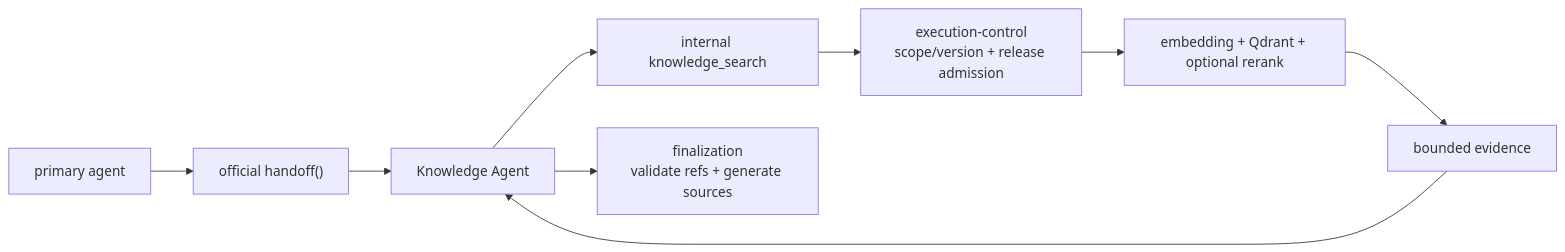
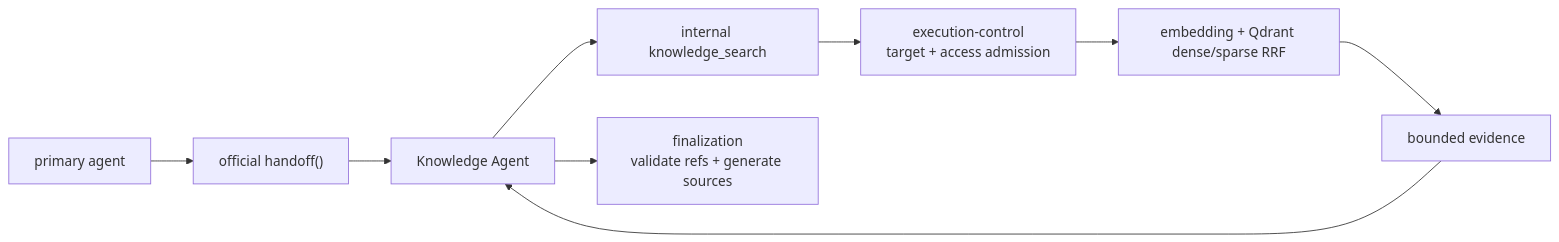
One commit to Luxfeier22331/campus-agent-main changed the fourth of 5 diagrams in docs/architecture/flows.md. Above: the diagram before and after it, drawn with Mermaid. The commit also changed other lines of this file and 885 other files, not shown here.

````diff
--- a/docs/architecture/flows.md
+++ b/docs/architecture/flows.md
@@ -114,20 +114,20 @@
 ```mermaid
 flowchart LR
   Primary["primary agent"]
   Handoff["official handoff()"]
   Knowledge["Knowledge Agent"]
   Search["internal knowledge_search"]
-  Admission["execution-control\nscope/version + release admission"]
-  Retrieval["embedding + Qdrant + optional rerank"]
+  Admission["execution-control\ntarget + access admission"]
+  Retrieval["embedding + Qdrant dense/sparse RRF"]
   Evidence["bounded evidence"]
   Final["finalization\nvalidate refs + generate sources"]
 
   Primary --> Handoff
   Handoff --> Knowledge
   Knowledge --> Search
   Search --> Admission
   Admission --> Retrieval
   Retrieval --> Evidence
   Evidence --> Knowledge
   Knowledge --> Final
 ```
````
